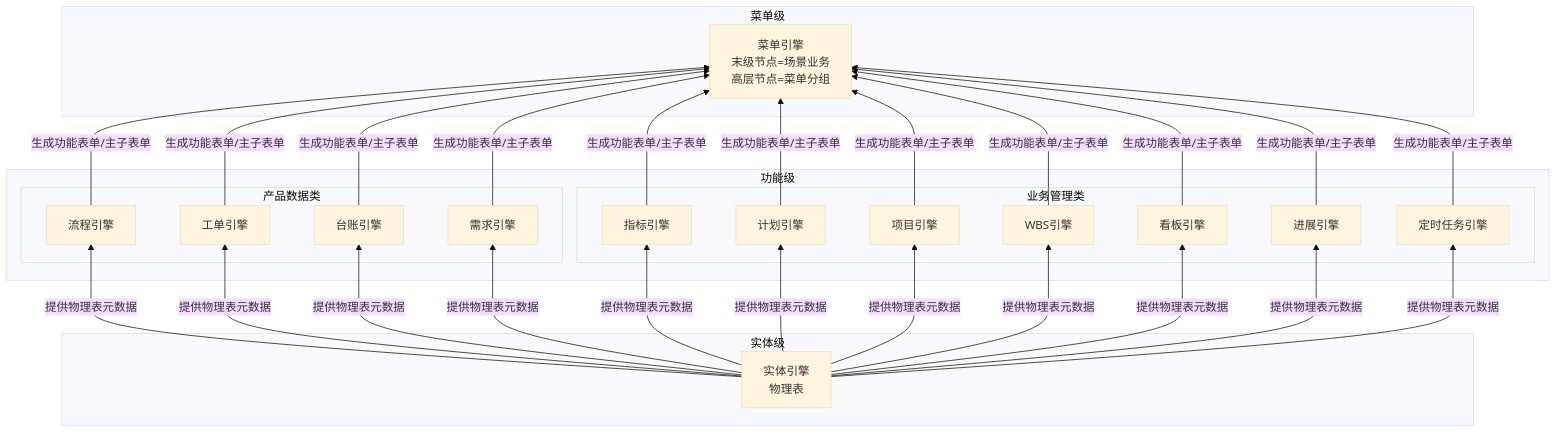
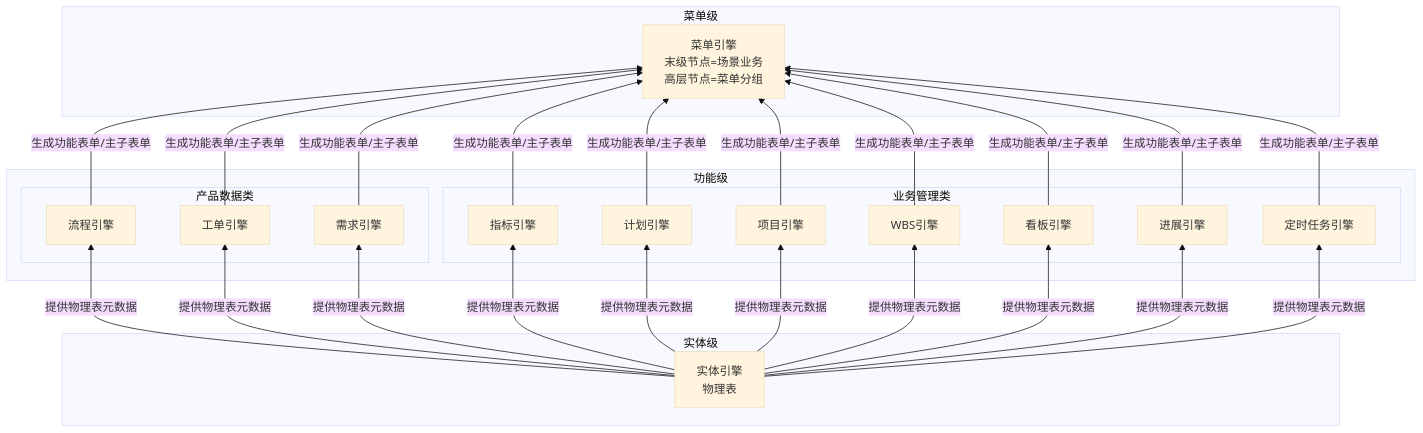
One commit to Yongjunzhou/AOS-system-design changed the diagram in 20-pl4eos/80-pl4eos-2-eosdata/25-eos-engine-models.md. Above: the diagram before and after it, drawn with Mermaid (base theme). The commit also changed other lines of this file and 2 other files, not shown here.

````diff
--- a/20-pl4eos/80-pl4eos-2-eosdata/25-eos-engine-models.md
+++ b/20-pl4eos/80-pl4eos-2-eosdata/25-eos-engine-models.md
@@ -59,48 +58,45 @@
 ```mermaid
-graph BT
+flowchart BT
   subgraph 实体级
     ENTITY[实体引擎<br/>物理表]
   end
   subgraph 功能级
     subgraph 产品数据类
-      LEDGER[台账引擎]
       REQ[需求引擎]
       FLOW[流程引擎]
       WO[工单引擎]
     end
     subgraph 业务管理类
       PROJ[项目引擎]
       WBS[WBS引擎]
       TASK[计划引擎]
       KANBAN[看板引擎]
       IND[指标引擎]
       PROG[进展引擎]
       SCH[定时任务引擎]
     end
   end
   subgraph 菜单级
     MENU[菜单引擎<br/>末级节点=场景业务<br/>高层节点=菜单分组]
   end
   ENTITY -->|提供物理表元数据| FLOW
   ENTITY -->|提供物理表元数据| WO
-  ENTITY -->|提供物理表元数据| LEDGER
   ENTITY -->|提供物理表元数据| REQ
   ENTITY -->|提供物理表元数据| IND
   ENTITY -->|提供物理表元数据| TASK
   ENTITY -->|提供物理表元数据| PROJ
   ENTITY -->|提供物理表元数据| WBS
   ENTITY -->|提供物理表元数据| KANBAN
   ENTITY -->|提供物理表元数据| PROG
   ENTITY -->|提供物理表元数据| SCH
   FLOW -->|生成功能表单/主子表单| MENU
   WO -->|生成功能表单/主子表单| MENU
   IND -->|生成功能表单/主子表单| MENU
-  LEDGER -->|生成功能表单/主子表单| MENU
   REQ -->|生成功能表单/主子表单| MENU
   TASK -->|生成功能表单/主子表单| MENU
   PROJ -->|生成功能表单/主子表单| MENU
   WBS -->|生成功能表单/主子表单| MENU
   KANBAN -->|生成功能表单/主子表单| MENU
   PROG -->|生成功能表单/主子表单| MENU
   SCH -->|生成功能表单/主子表单| MENU
 ```
````
